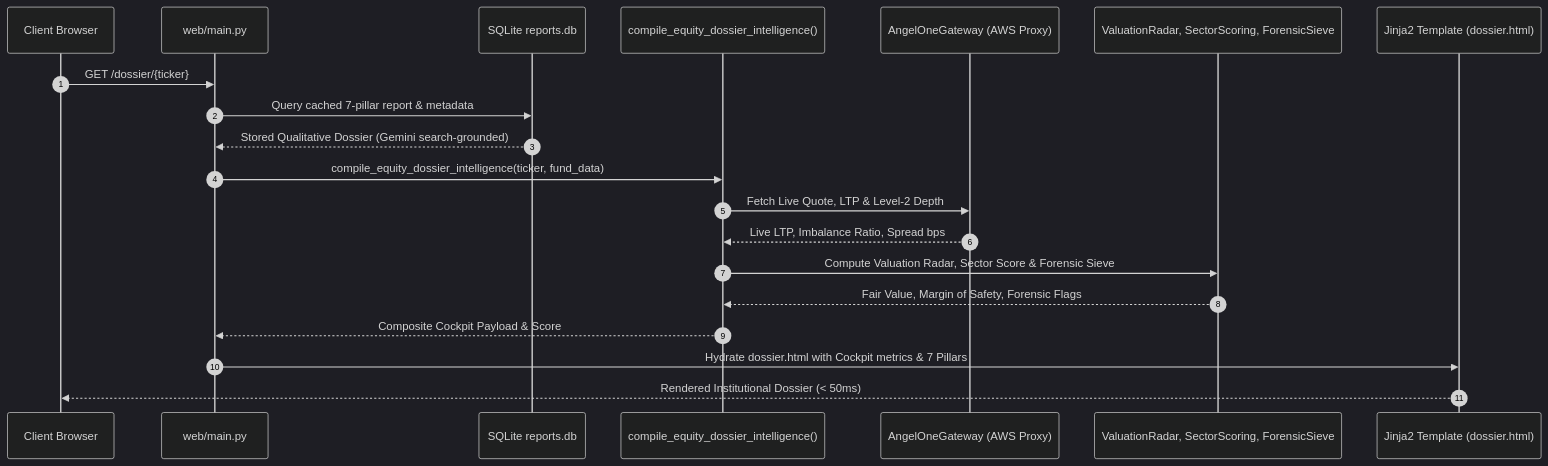
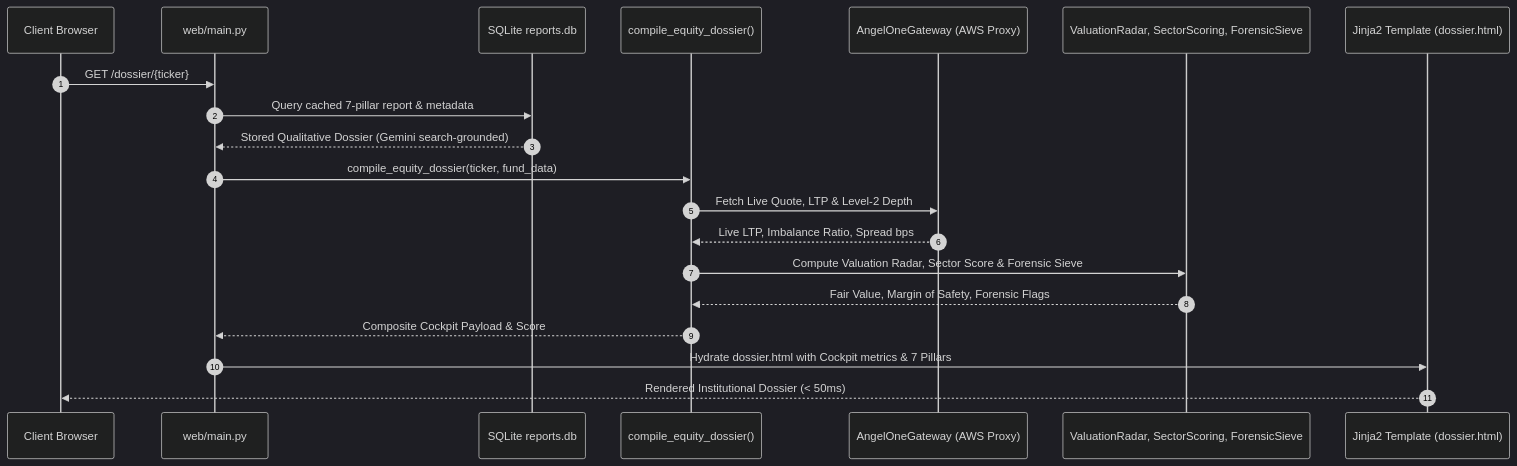
The second of 4 diagrams in docs/MASTER_ENGINEERING_MANUAL.md (jaktheripper-bot/Stock_Research_App), drawn with Mermaid (dark theme) before and after one commit. The commit also changed other lines of this file and 65 other files, not shown here.

````diff
--- a/docs/MASTER_ENGINEERING_MANUAL.md
+++ b/docs/MASTER_ENGINEERING_MANUAL.md
@@ -228,23 +228,23 @@
 ```mermaid
 sequenceDiagram
     autonumber
     participant User as Client Browser
     participant Router as web/main.py
     participant Cache as SQLite reports.db
-    participant Intel as compile_equity_dossier_intelligence()
+    participant Intel as compile_equity_dossier()
     participant Angel as AngelOneGateway (AWS Proxy)
     participant Cortex as ValuationRadar, SectorScoring, ForensicSieve
     participant UI as Jinja2 Template (dossier.html)
 
     User->>Router: GET /dossier/{ticker}
     Router->>Cache: Query cached 7-pillar report & metadata
     Cache-->>Router: Stored Qualitative Dossier (Gemini search-grounded)
-    Router->>Intel: compile_equity_dossier_intelligence(ticker, fund_data)
+    Router->>Intel: compile_equity_dossier(ticker, fund_data)
     Intel->>Angel: Fetch Live Quote, LTP & Level-2 Depth
     Angel-->>Intel: Live LTP, Imbalance Ratio, Spread bps
     Intel->>Cortex: Compute Valuation Radar, Sector Score & Forensic Sieve
     Cortex-->>Intel: Fair Value, Margin of Safety, Forensic Flags
     Intel-->>Router: Composite Cockpit Payload & Score
     Router->>UI: Hydrate dossier.html with Cockpit metrics & 7 Pillars
     UI-->>User: Rendered Institutional Dossier (< 50ms)
 ```
````
